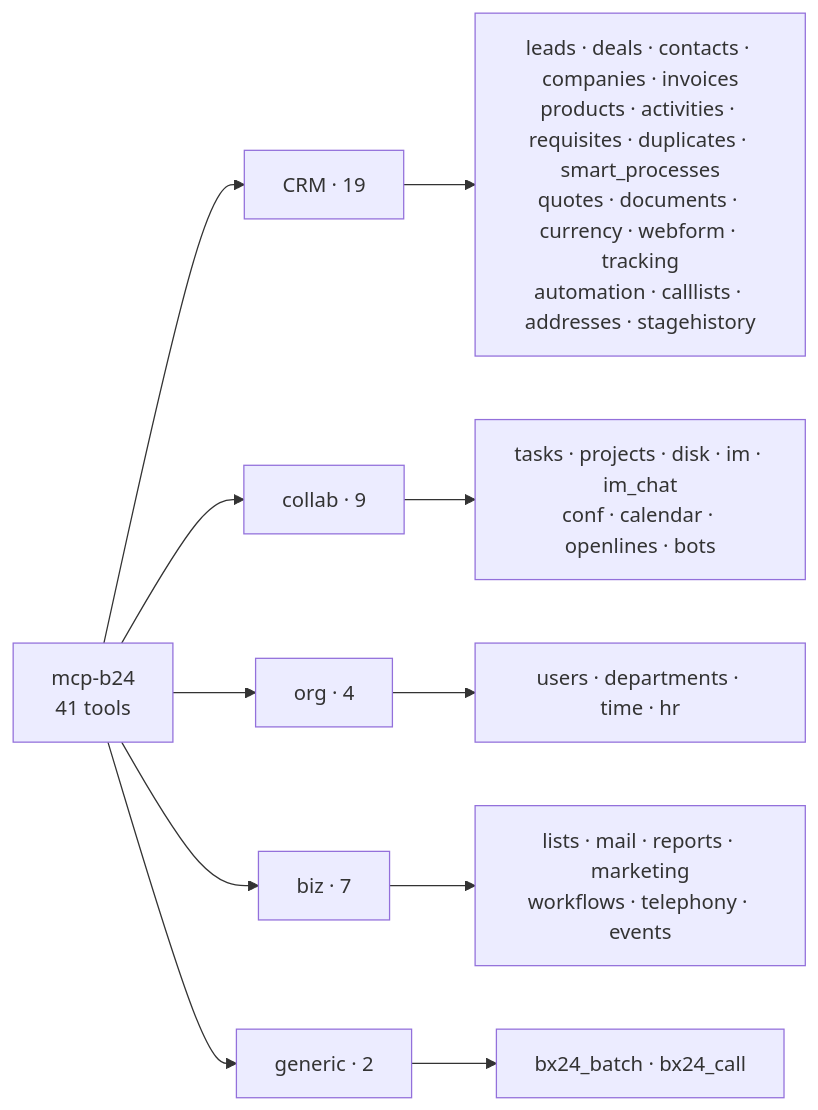
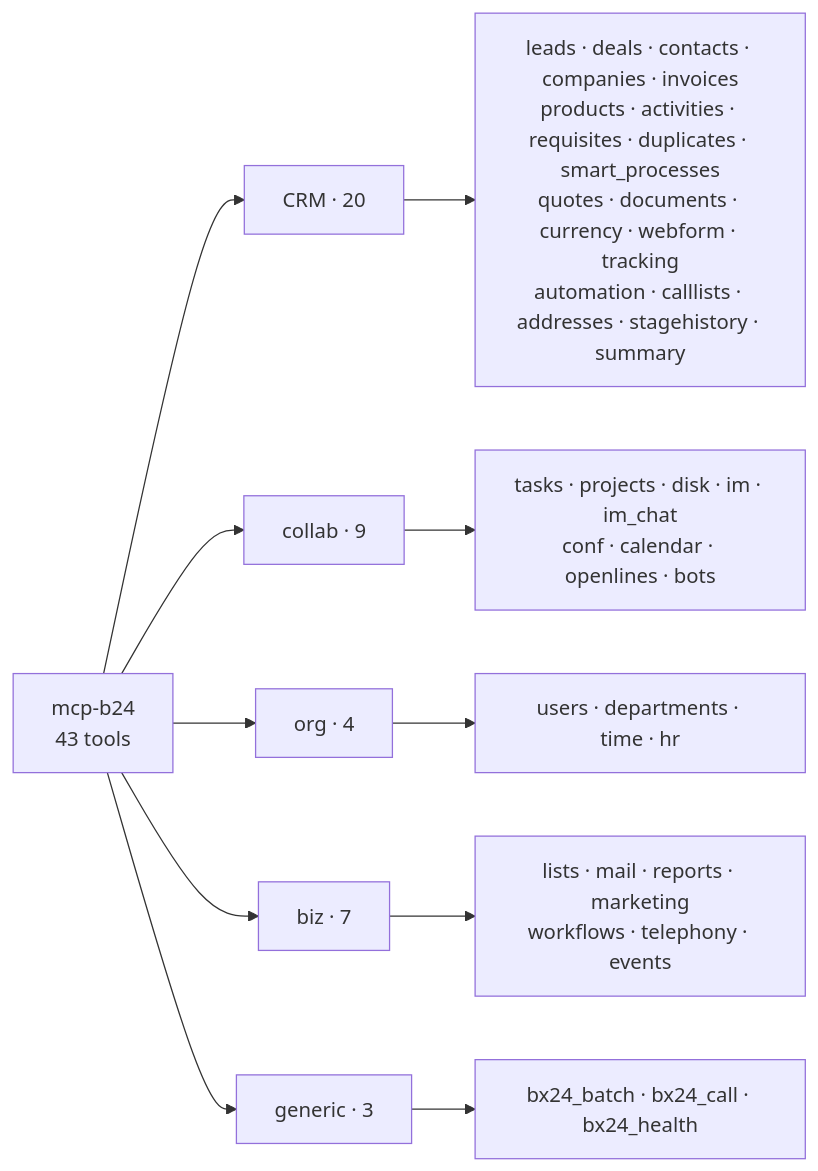
One commit to kostikpenzin/mcp_b24 changed the diagram in docs/en/TOOLS_REFERENCE.md. Above: the diagram before and after it, drawn with Mermaid. The commit also changed other lines of this file and 31 other files, not shown here.

First line of the commit message:
release: mcp-b24 v0.4.0 — CRM summary + health tools; hardened HTTP transport; deep audit masking

````diff
--- a/docs/en/TOOLS_REFERENCE.md
+++ b/docs/en/TOOLS_REFERENCE.md
@@ -9,13 +9,13 @@
 ```mermaid
 flowchart LR
-    R["mcp-b24<br/>41 tools"] --> CRM["CRM · 19"]
+    R["mcp-b24<br/>43 tools"] --> CRM["CRM · 20"]
     R --> COL["collab · 9"]
     R --> ORG["org · 4"]
     R --> BIZ["biz · 7"]
-    R --> GEN["generic · 2"]
-    CRM --> L["leads · deals · contacts · companies · invoices<br/>products · activities · requisites · duplicates · smart_processes<br/>quotes · documents · currency · webform · tracking<br/>automation · calllists · addresses · stagehistory"]
+    R --> GEN["generic · 3"]
+    CRM --> L["leads · deals · contacts · companies · invoices<br/>products · activities · requisites · duplicates · smart_processes<br/>quotes · documents · currency · webform · tracking<br/>automation · calllists · addresses · stagehistory · summary"]
     COL --> T["tasks · projects · disk · im · im_chat<br/>conf · calendar · openlines · bots"]
     ORG --> U["users · departments · time · hr"]
     BIZ --> W["lists · mail · reports · marketing<br/>workflows · telephony · events"]
-    GEN --> G["bx24_batch · bx24_call"]
+    GEN --> G["bx24_batch · bx24_call · bx24_health"]
 ```
````
